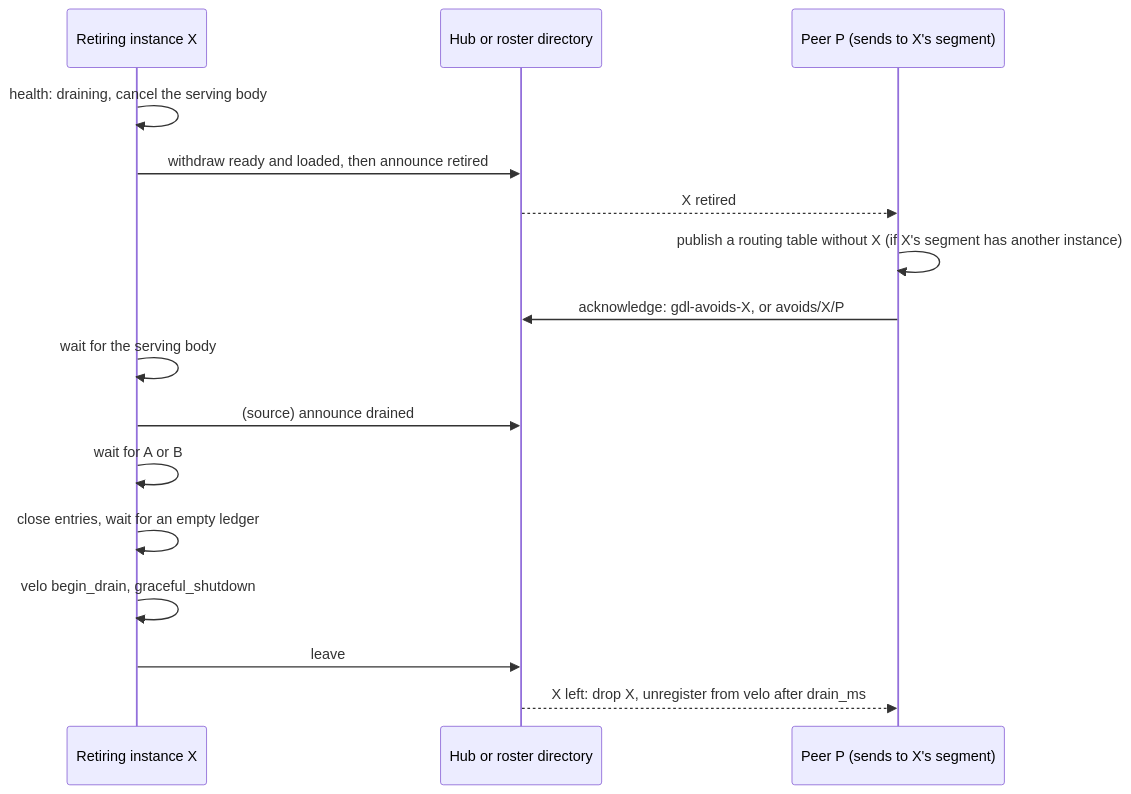
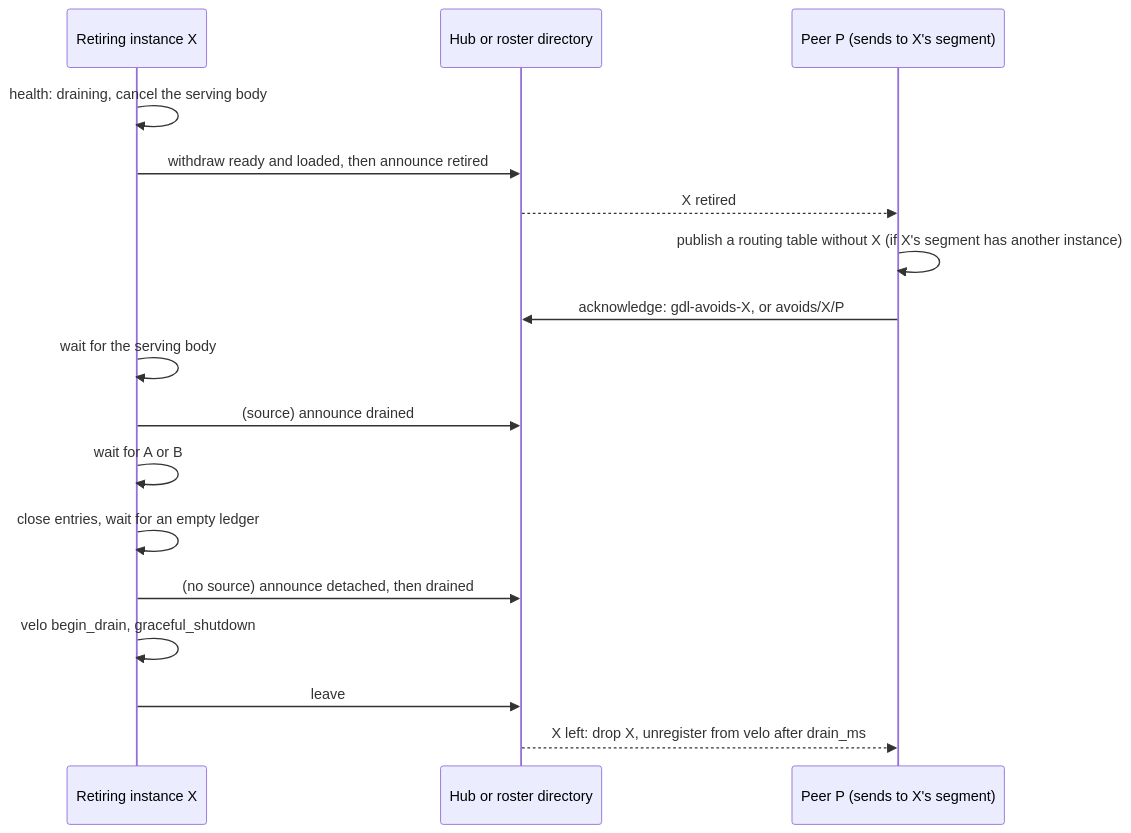
One commit to ryanolson/gdl changed the second of 4 diagrams in docs/src/concepts/lifecycle.md. Above: the diagram before and after it, drawn with Mermaid. The commit also changed other lines of this file and 26 other files, not shown here.

````diff
--- a/docs/src/concepts/lifecycle.md
+++ b/docs/src/concepts/lifecycle.md
@@ -95,18 +96,19 @@
 ```mermaid
 sequenceDiagram
     participant X as Retiring instance X
     participant H as Hub or roster directory
     participant P as Peer P (sends to X's segment)
     X->>X: health: draining, cancel the serving body
     X->>H: withdraw ready and loaded, then announce retired
     H-->>P: X retired
     P->>P: publish a routing table without X (if X's segment has another instance)
     P->>H: acknowledge: gdl-avoids-X, or avoids/X/P
     X->>X: wait for the serving body
     X->>H: (source) announce drained
     X->>X: wait for A or B
     X->>X: close entries, wait for an empty ledger
+    X->>H: (no source) announce detached, then drained
     X->>X: velo begin_drain, graceful_shutdown
     X->>H: leave
     H-->>P: X left: drop X, unregister from velo after drain_ms
 ```
````
